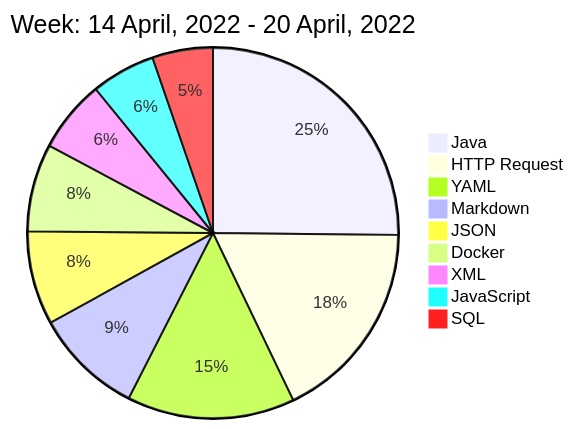
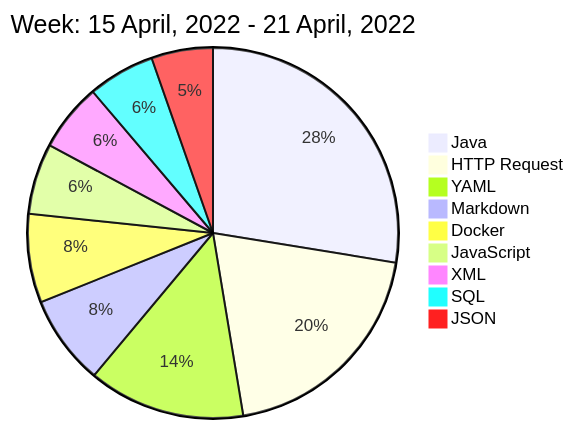
One commit to liubin95/liubin95 changed the diagram in README.md. Above: the diagram before and after it, drawn with Mermaid.

Commit message:
Updated the Graph with new Metrics

````diff
--- a/README.md
+++ b/README.md
@@ -40,13 +40,13 @@
 ```mermaid
  pie
-title Week: 14 April, 2022 - 20 April, 2022
- "Java" : 5.85
- "HTTP Request" : 4.12
- "YAML" : 3.4
- "Markdown" : 2.2
- "JSON" : 1.9
- "Docker" : 1.78
- "XML" : 1.47
+title Week: 15 April, 2022 - 21 April, 2022
+ "Java" : 5.8
+ "HTTP Request" : 4.17
+ "YAML" : 2.88
+ "Markdown" : 1.65
+ "Docker" : 1.63
  "JavaScript" : 1.3
+ "XML" : 1.25
  "SQL" : 1.23
+ "JSON" : 1.13
 ```
````
